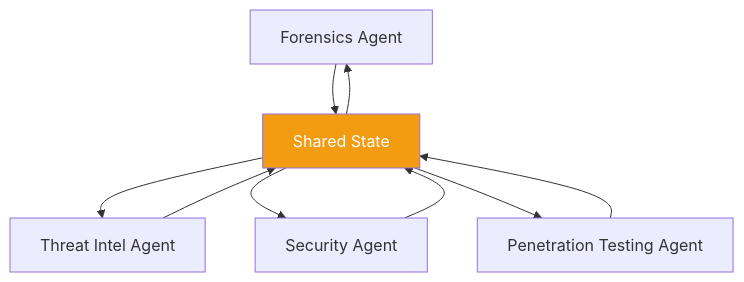
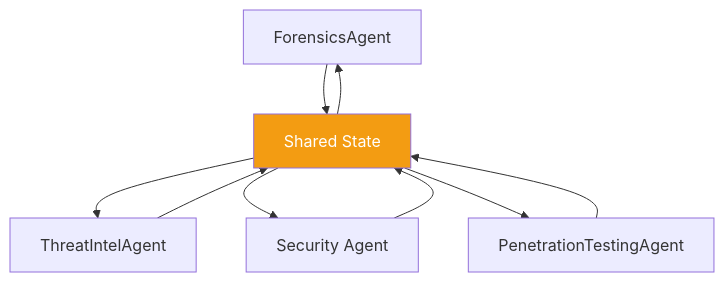
Diagram 11 of 53 in AI Agent Communication.md (Sujalkathait/-AI-Agent-Security-Playbook.), drawn with Mermaid before and after one commit. The commit also changed other lines of this file, not shown here.

Commit message:
fix: resolve mermaid syntax errors by removing spaces from node IDs

````diff
--- a/AI Agent Communication.md
+++ b/AI Agent Communication.md
@@ -348,14 +348,14 @@
 ```mermaid
 graph TD
-  A[" Forensics Agent"] --> State[" Shared State"]
-  B[" Threat Intel Agent"] --> State
+  A[" ForensicsAgent"] --> State[" Shared State"]
+  B[" ThreatIntelAgent"] --> State
   C[" Security Agent"] --> State
-  D[" Penetration Testing Agent"] --> State
+  D[" PenetrationTestingAgent"] --> State
 
   State --> A
   State --> B
   State --> C
   State --> D
 
   style State fill:#f39c12,color:white
 ```
````
